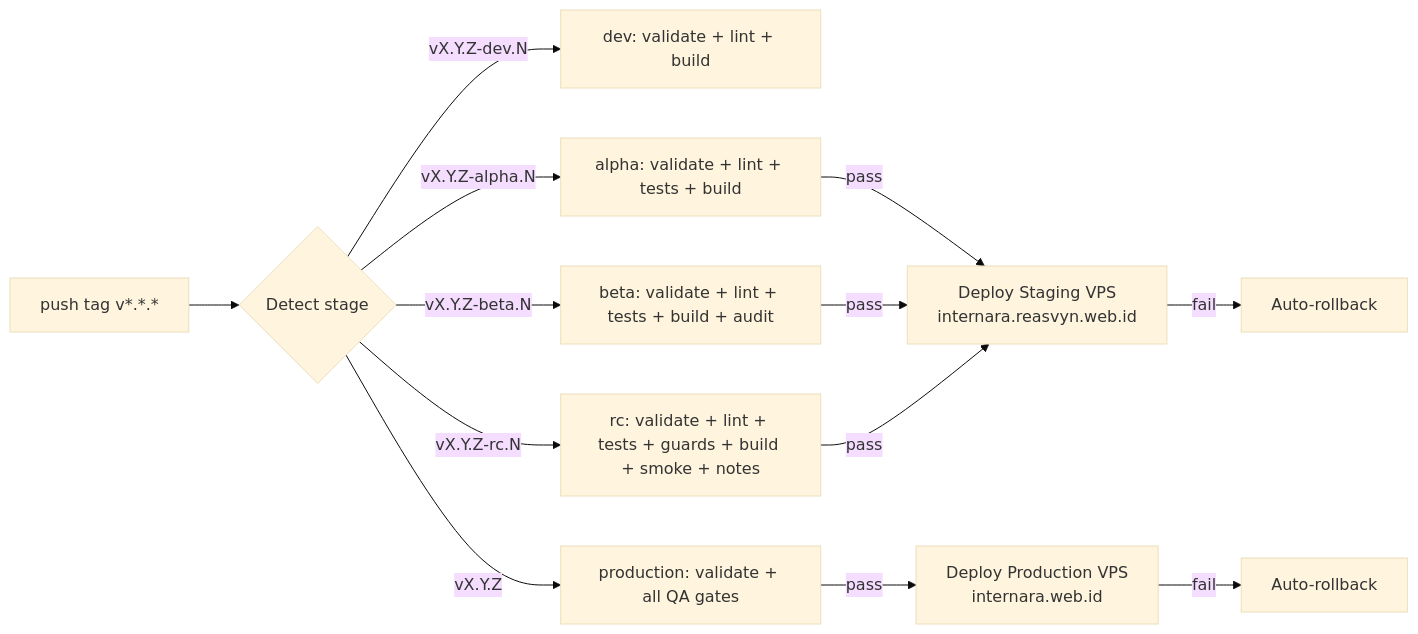
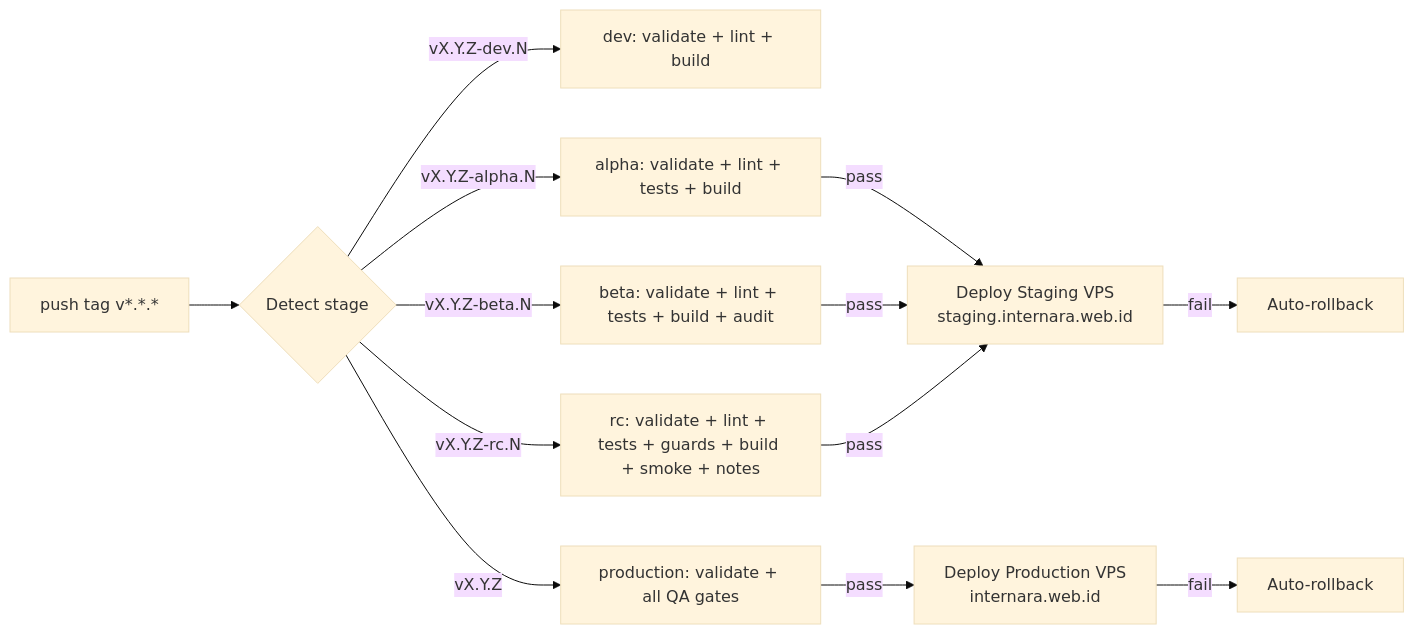
Before and after one commit to reasvyn/internara: the diagram in docs/guides/infra/ci-cd.md, drawn with Mermaid (base theme). The commit also changed other lines of this file and 5 other files, not shown here.

Commit message:
ci(deploy): migrate staging domain to staging.internara.web.id

````diff
--- a/docs/guides/infra/ci-cd.md
+++ b/docs/guides/infra/ci-cd.md
@@ -32,15 +32,15 @@
 ```mermaid
 flowchart LR
     T[push tag v*.*.*] --> D{Detect stage}
     D -->|vX.Y.Z-dev.N| DEV[dev: validate + lint + build]
     D -->|vX.Y.Z-alpha.N| ALPHA[alpha: validate + lint + tests + build]
     D -->|vX.Y.Z-beta.N| BETA[beta: validate + lint + tests + build + audit]
     D -->|vX.Y.Z-rc.N| RC[rc: validate + lint + tests + guards + build + smoke + notes]
     D -->|vX.Y.Z| PROD[production: validate + all QA gates]
-    ALPHA -->|pass| STAGING_DEP[Deploy Staging VPS<br/>internara.reasvyn.web.id]
+    ALPHA -->|pass| STAGING_DEP[Deploy Staging VPS<br/>staging.internara.web.id]
     BETA -->|pass| STAGING_DEP
     RC -->|pass| STAGING_DEP
     PROD -->|pass| PROD_DEP[Deploy Production VPS<br/>internara.web.id]
     STAGING_DEP -->|fail| STAGING_ROLL[Auto-rollback]
     PROD_DEP -->|fail| PROD_ROLL[Auto-rollback]
 ```
````
